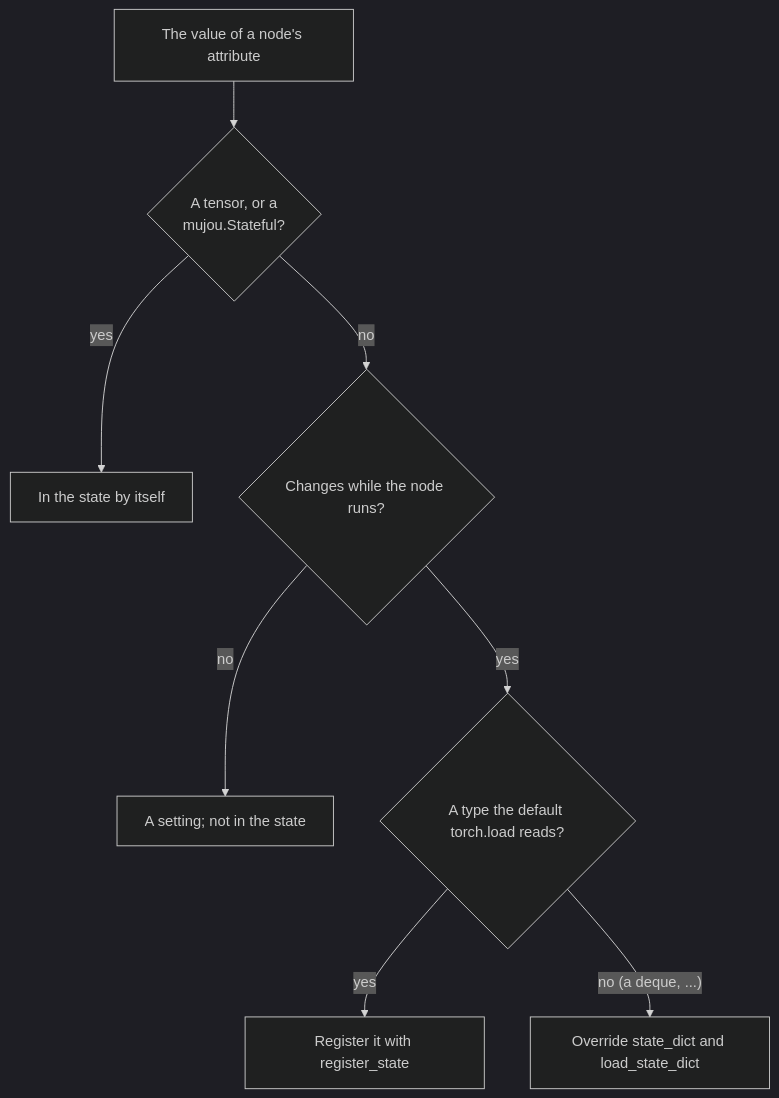
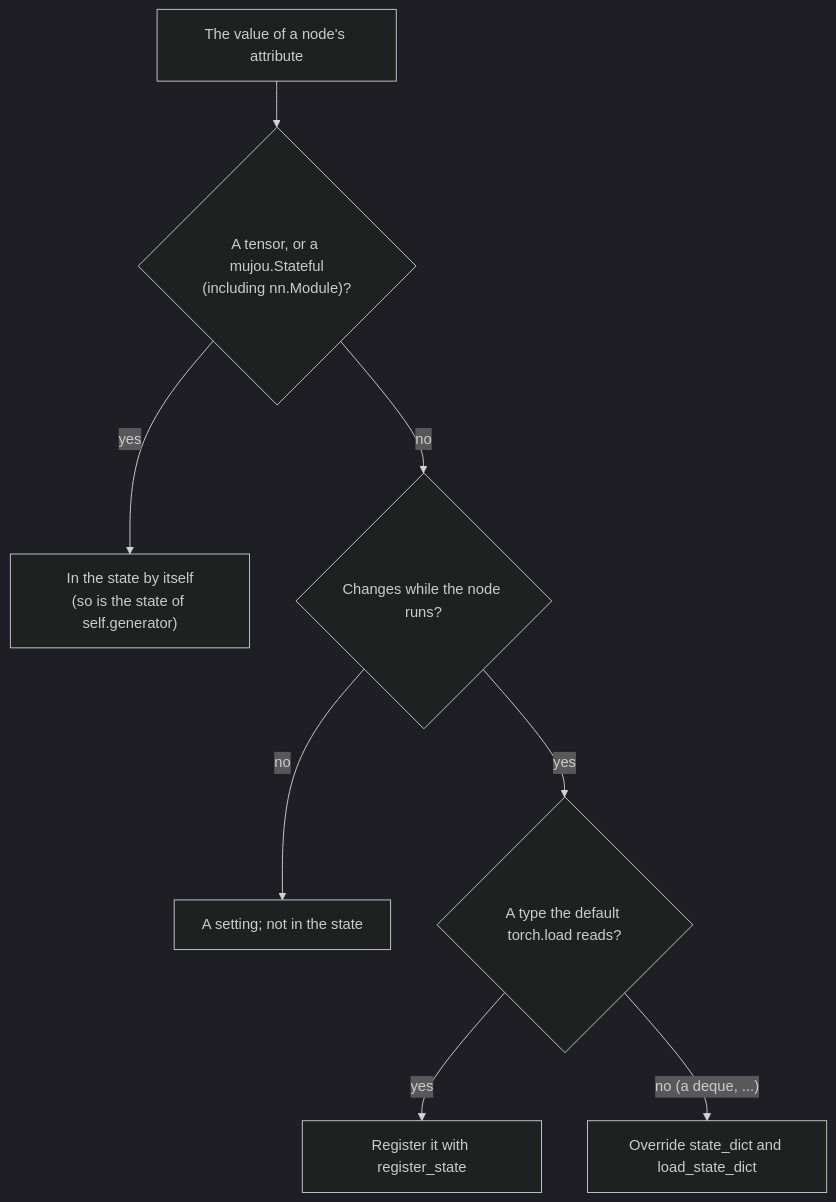
One commit to Geson-anko/mujou changed the third of 3 diagrams in docs/en/tutorial/6-save-and-resume.md. Above: the diagram before and after it, drawn with Mermaid (dark theme). The commit also changed other lines of this file and 49 other files, not shown here.

````diff
--- a/docs/en/tutorial/6-save-and-resume.md
+++ b/docs/en/tutorial/6-save-and-resume.md
@@ -147,10 +54,10 @@
 ```mermaid
 flowchart TD
-    A["The value of a node's attribute"] --> Q1{"A tensor, or a<br/>mujou.Stateful?"}
-    Q1 -- yes --> S["In the state by itself"]
+    A["The value of a node's attribute"] --> Q1{"A tensor, or a mujou.Stateful<br/>(including nn.Module)?"}
+    Q1 -- yes --> S["In the state by itself<br/>(so is the state of self.generator)"]
     Q1 -- no --> Q2{"Changes while the node runs?"}
     Q2 -- no --> C["A setting; not in the state"]
     Q2 -- yes --> Q3{"A type the default torch.load reads?"}
     Q3 -- yes --> R["Register it with register_state"]
     Q3 -- "no (a deque, ...)" --> O["Override state_dict and load_state_dict"]
 ```
````
